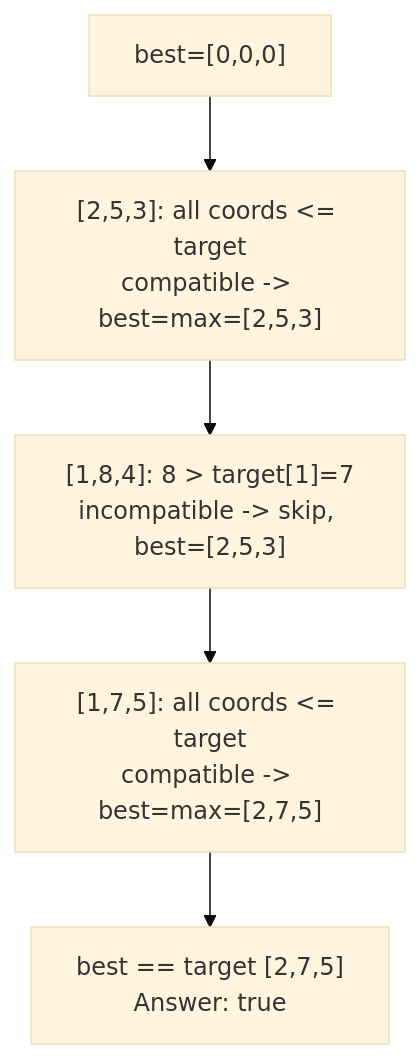
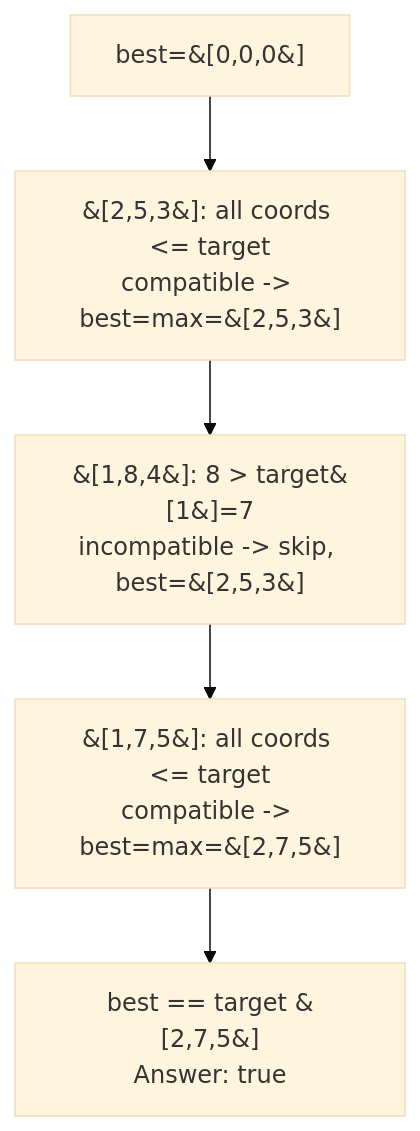
The diagram in topics/15-greedy/06-merge-triplets-to-form-target-triplet/README.md (Aryan-Jadon18/dsa-placement-prep), drawn with Mermaid (base theme) before and after one commit. The commit also changed 52 other files, not shown here.

First line of the commit message:
Fix Mermaid diagrams not rendering on GitHub

````diff
--- a/topics/15-greedy/06-merge-triplets-to-form-target-triplet/README.md
+++ b/topics/15-greedy/06-merge-triplets-to-form-target-triplet/README.md
@@ -49,7 +49,7 @@
 ```mermaid
 flowchart TD
-    A["best=[0,0,0]"] --> B["[2,5,3]: all coords <= target<br/>compatible -> best=max=[2,5,3]"]
-    B --> C["[1,8,4]: 8 > target[1]=7<br/>incompatible -> skip, best=[2,5,3]"]
-    C --> D["[1,7,5]: all coords <= target<br/>compatible -> best=max=[2,7,5]"]
-    D --> E["best == target [2,7,5]<br/>Answer: true"]
+    A["best=&#91;0,0,0&#93;"] --> B["&#91;2,5,3&#93;: all coords <= target<br/>compatible -> best=max=&#91;2,5,3&#93;"]
+    B --> C["&#91;1,8,4&#93;: 8 > target&#91;1&#93;=7<br/>incompatible -> skip, best=&#91;2,5,3&#93;"]
+    C --> D["&#91;1,7,5&#93;: all coords <= target<br/>compatible -> best=max=&#91;2,7,5&#93;"]
+    D --> E["best == target &#91;2,7,5&#93;<br/>Answer: true"]
 ```
````
